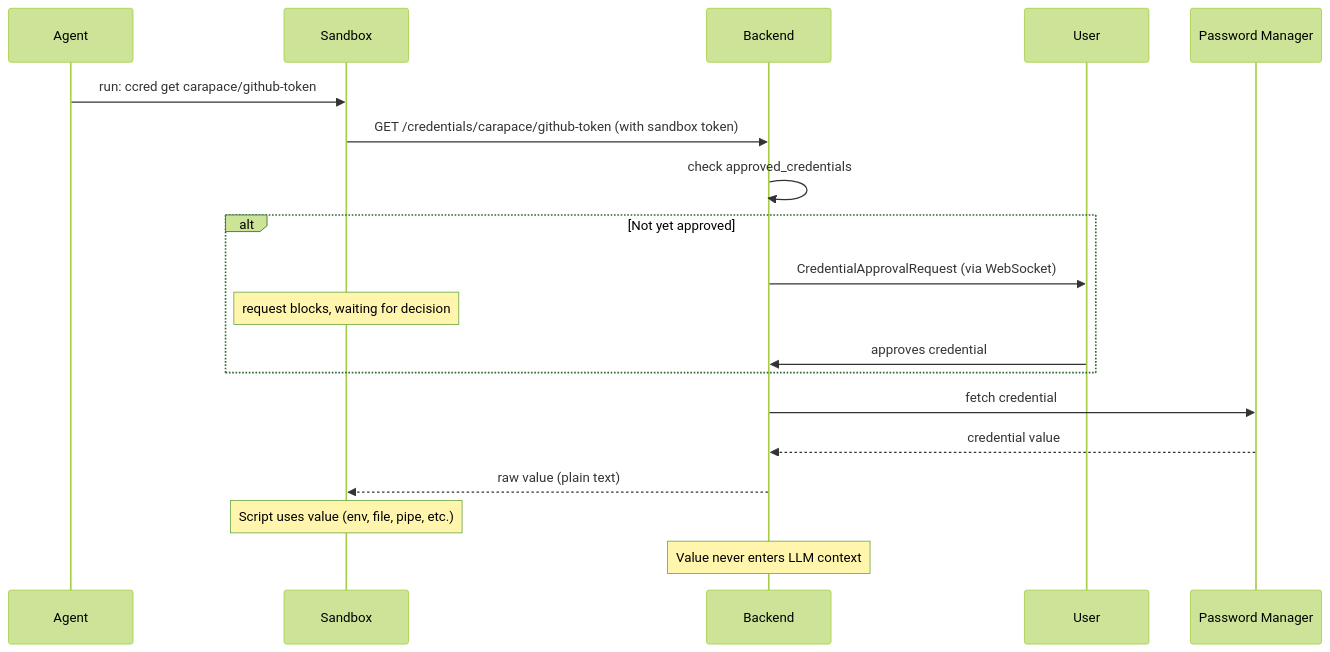
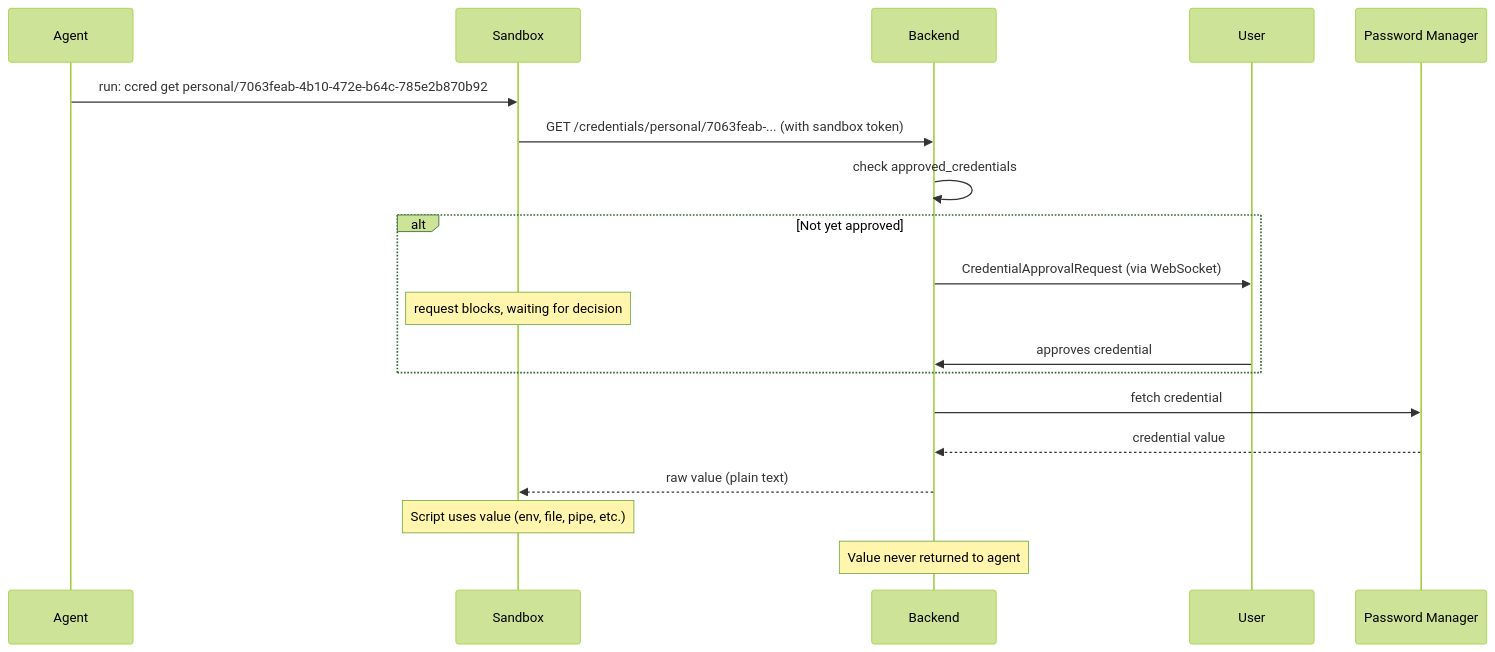
The second of 2 diagrams in docs/plans/credentials.md (thiesgerken/carapace), drawn with Mermaid (forest theme) before and after one commit. The commit also changed other lines of this file, not shown here.

````diff
--- a/docs/plans/credentials.md
+++ b/docs/plans/credentials.md
@@ -121,24 +119,24 @@
 ```mermaid
 sequenceDiagram
     participant Agent
     participant Sandbox
     participant Backend
     participant User
     participant Vault as Password Manager
 
-    Agent->>Sandbox: run: ccred get carapace/github-token
-    Sandbox->>Backend: GET /credentials/carapace/github-token (with sandbox token)
+    Agent->>Sandbox: run: ccred get personal/7063feab-4b10-472e-b64c-785e2b870b92
+    Sandbox->>Backend: GET /credentials/personal/7063feab-... (with sandbox token)
     Backend->>Backend: check approved_credentials
 
     alt Not yet approved
         Backend->>User: CredentialApprovalRequest (via WebSocket)
         Note over Sandbox: request blocks, waiting for decision
         User->>Backend: approves credential
     end
 
     Backend->>Vault: fetch credential
     Vault-->>Backend: credential value
     Backend-->>Sandbox: raw value (plain text)
     Note over Sandbox: Script uses value (env, file, pipe, etc.)
-    Note over Backend: Value never enters LLM context
+    Note over Backend: Value never returned to agent
 ```
````
